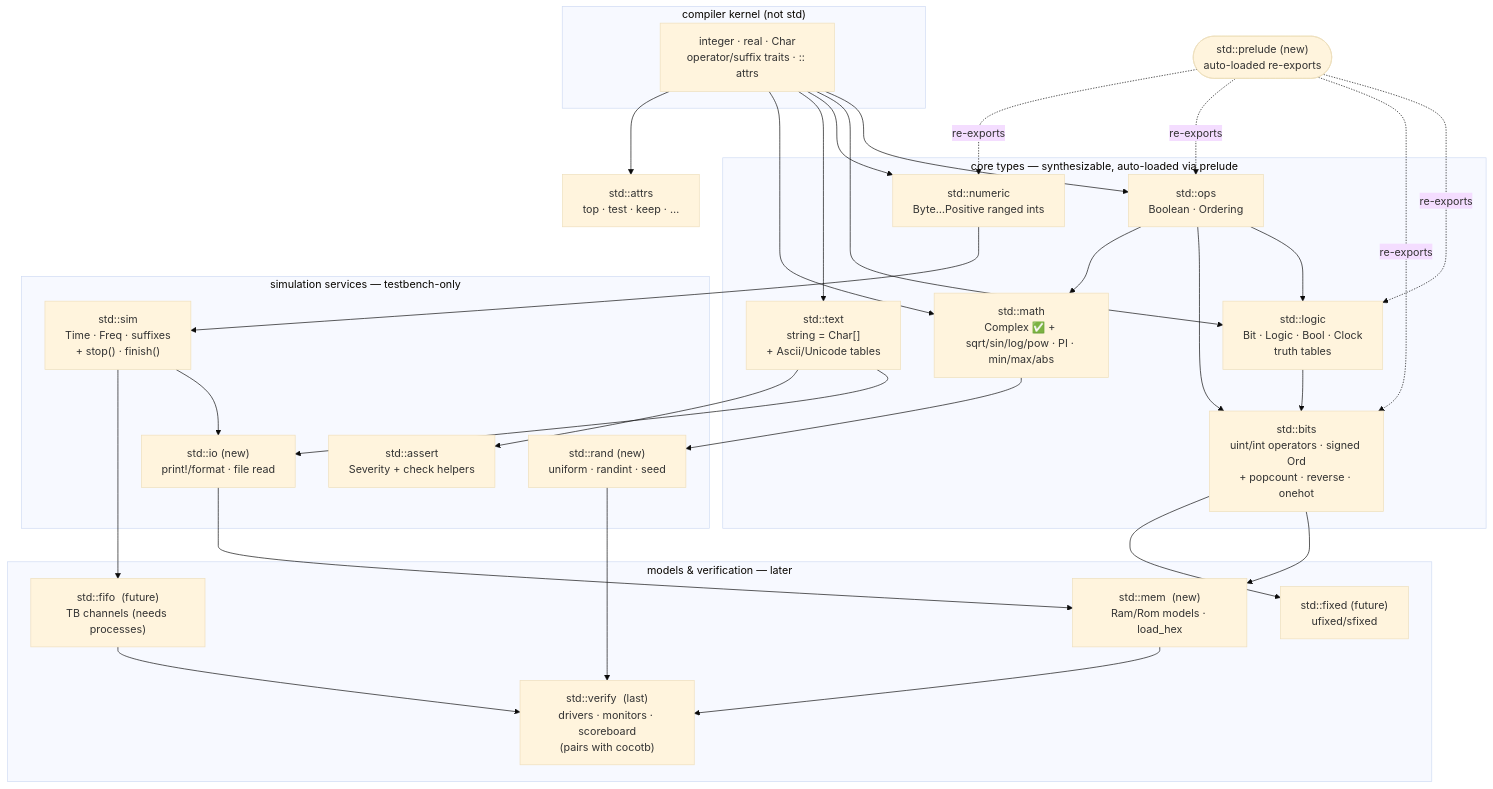
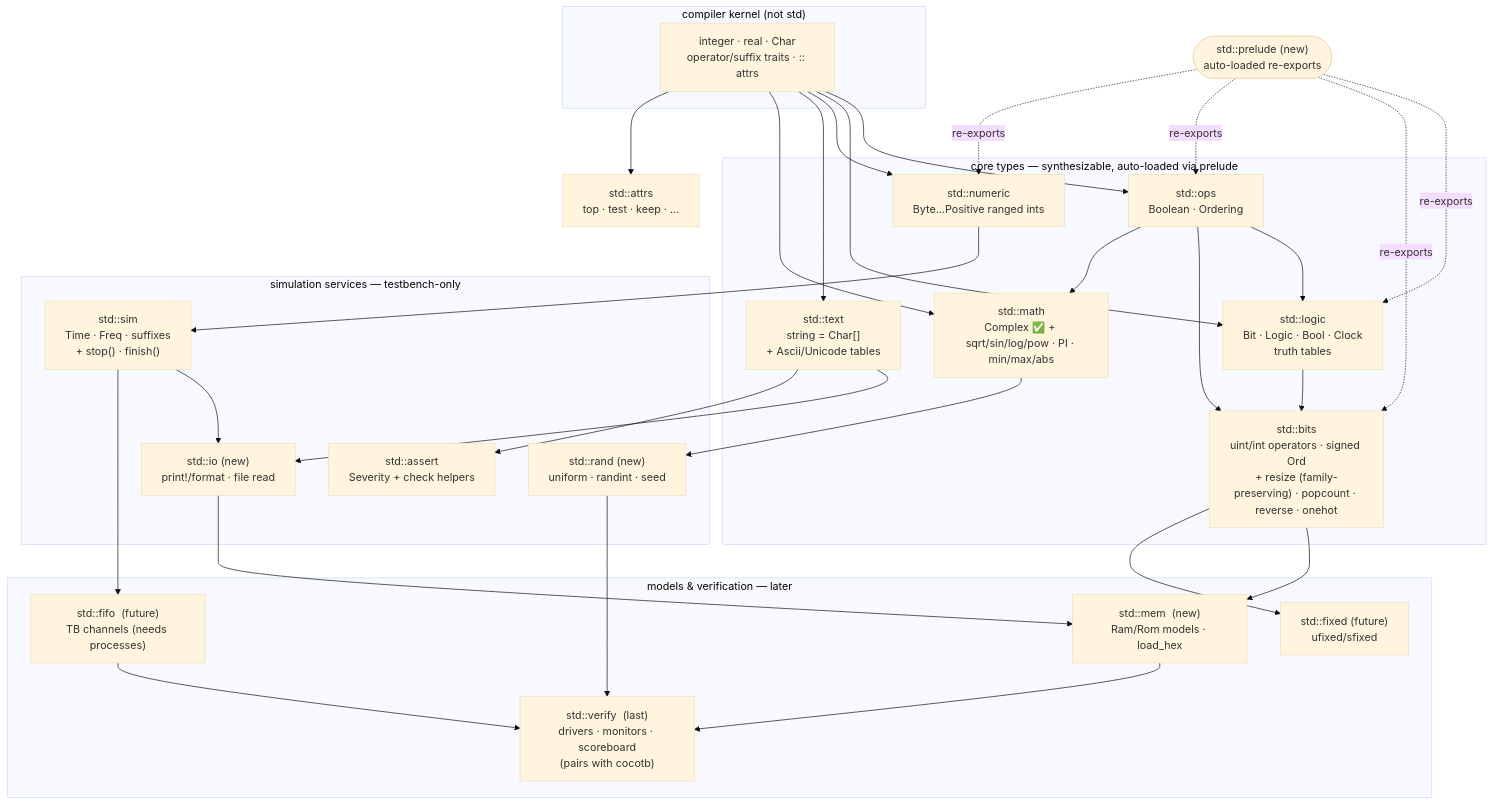
Before and after one commit to Siox-lang/sioxc: the diagram in docs/notes/std-proposal.md, drawn with Mermaid (base theme). The commit also changed other lines of this file, not shown here.

First line of the commit message:
docs: keep resize as family-preserving sugar over T(x)

````diff
--- a/docs/notes/std-proposal.md
+++ b/docs/notes/std-proposal.md
@@ -51,59 +51,59 @@
 ```mermaid
 flowchart TD
     subgraph kernel ["compiler kernel (not std)"]
         K["integer · real · Char\noperator/suffix traits · :: attrs"]
     end
 
     subgraph core ["core types — synthesizable, auto-loaded via prelude"]
         OPS["std::ops\nBoolean · Ordering"]
         LOGIC["std::logic\nBit · Logic · Bool · Clock\ntruth tables"]
-        BITS["std::bits\nuint/int operators · signed Ord\n+ popcount · reverse · onehot"]
+        BITS["std::bits\nuint/int operators · signed Ord\n+ resize (family-preserving) · popcount · reverse · onehot"]
         NUM["std::numeric\nByte…Positive ranged ints"]
         TEXT["std::text\nstring = Char[]\n+ Ascii/Unicode tables"]
         MATH["std::math\nComplex ✅ + sqrt/sin/log/pow · PI · min/max/abs"]
     end
 
     subgraph simsvc ["simulation services — testbench-only"]
         SIM["std::sim\nTime · Freq · suffixes\n+ stop() · finish()"]
         IO["std::io  (new)\nprint!/format · file read"]
         RAND["std::rand  (new)\nuniform · randint · seed"]
         ASSERT["std::assert\nSeverity + check helpers"]
     end
 
     subgraph models ["models & verification — later"]
         MEM["std::mem  (new)\nRam/Rom models · load_hex"]
         FIXED["std::fixed  (future)\nufixed/sfixed"]
         FIFO["std::fifo  (future)\nTB channels (needs processes)"]
         VERIFY["std::verify  (last)\ndrivers · monitors · scoreboard\n(pairs with cocotb)"]
     end
 
     ATTRS["std::attrs\ntop · test · keep · …"]
     PRELUDE(["std::prelude  (new)\nauto-loaded re-exports"])
 
     K --> OPS
     K --> LOGIC
     OPS --> LOGIC
     LOGIC --> BITS
     OPS --> BITS
     K --> NUM
     K --> TEXT
     K --> MATH
     OPS --> MATH
     NUM --> SIM
     TEXT --> IO
     SIM --> IO
     MATH --> RAND
     TEXT --> ASSERT
     BITS --> MEM
     IO --> MEM
     BITS --> FIXED
     SIM --> FIFO
     RAND --> VERIFY
     FIFO --> VERIFY
     MEM --> VERIFY
     PRELUDE -.re-exports.-> LOGIC
     PRELUDE -.re-exports.-> BITS
     PRELUDE -.re-exports.-> OPS
     PRELUDE -.re-exports.-> NUM
     K --> ATTRS
 ```
````
